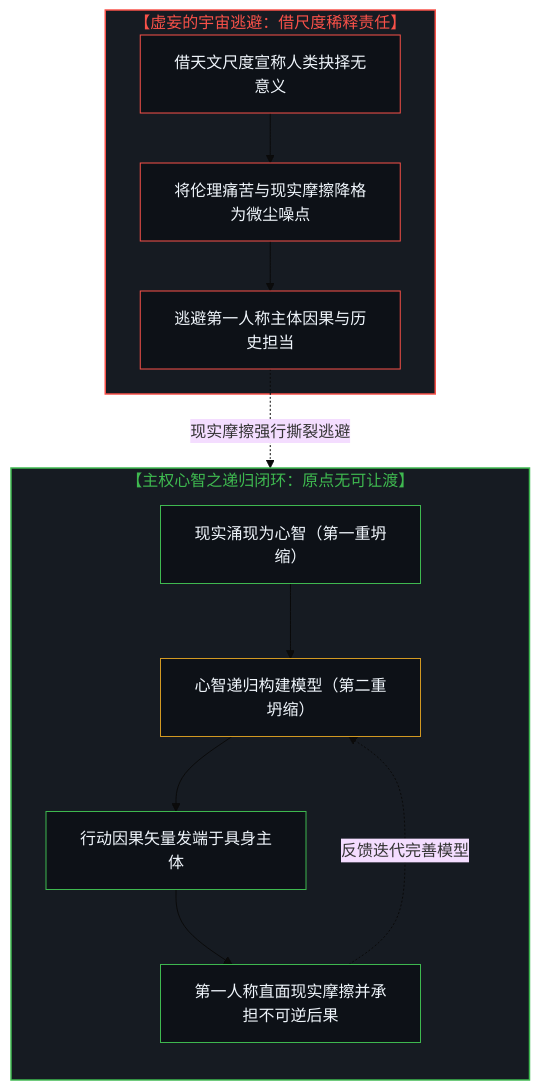
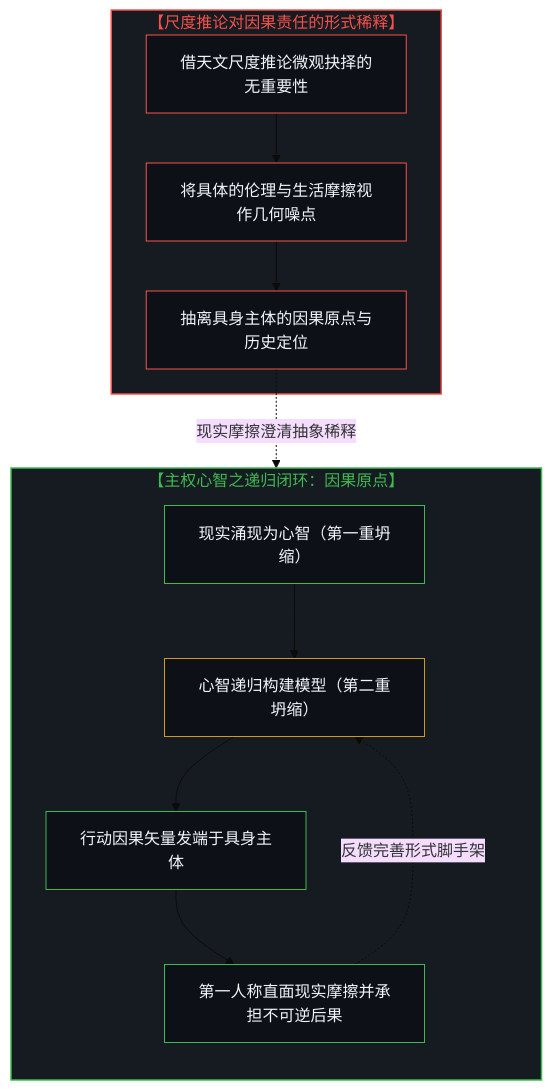
Before and after one commit to powerpig99/not-a-toe: the seventh of 8 diagrams in content/posts/one-cannot-escape-ones-own-mind.md, drawn with Mermaid (base theme). The commit also changed other lines of this file and 2 other files, not shown here.

````diff
--- a/content/posts/one-cannot-escape-ones-own-mind.md
+++ b/content/posts/one-cannot-escape-ones-own-mind.md
@@ -243,27 +247,28 @@
 ```mermaid
 flowchart TD
-    subgraph S_RecursiveReality ["【主权心智之递归闭环：原点无可让渡】"]
+    subgraph S_RecursiveReality ["【主权心智之递归闭环：因果原点】"]
         direction TB
         RL1["现实涌现为心智（第一重坍缩）"] --> RL2["心智递归构建模型（第二重坍缩）"]
         RL2 --> RL3["行动因果矢量发端于具身主体"]
-        RL3 --> RL4["第一人称直面现实摩擦并承担不可逆后果"]
-        RL4 -.->|"反馈迭代完善模型"| RL2
+        RL4["第一人称直面现实摩擦并承担不可逆后果"]
+        RL3 --> RL4
+        RL4 -.->|"反馈完善形式脚手架"| RL2
     end
 
-    subgraph S_NihilisticEvasion ["【虚妄的宇宙逃避：借尺度稀释责任】"]
-        NE1["借天文尺度宣称人类抉择无意义"] --> NE2["将伦理痛苦与现实摩擦降格为微尘噪点"]
-        NE2 --> NE3["逃避第一人称主体因果与历史担当"]
+    subgraph S_ScaleDilution ["【尺度推论对因果责任的形式稀释】"]
+        NE1["借天文尺度推论微观抉择的无重要性"] --> NE2["将具体的伦理与生活摩擦视作几何噪点"]
+        NE2 --> NE3["抽离具身主体的因果原点与历史定位"]
     end
 
-    NE3 -.->|"现实摩擦强行撕裂逃避"| RL4
+    NE3 -.->|"现实摩擦澄清抽象稀释"| RL4
 
     style S_RecursiveReality fill:#161b22,stroke:#3fb950,stroke-width:1.5px,color:#3fb950
-    style S_NihilisticEvasion fill:#161b22,stroke:#f85149,stroke-width:1.5px,color:#f85149
+    style S_ScaleDilution fill:#161b22,stroke:#f85149,stroke-width:1.5px,color:#f85149
     style RL1 fill:#0d1117,stroke:#3fb950,stroke-width:1px,color:#f0f6fc
     style RL2 fill:#0d1117,stroke:#d29922,stroke-width:1px,color:#f0f6fc
     style RL3 fill:#0d1117,stroke:#3fb950,stroke-width:1px,color:#f0f6fc
     style RL4 fill:#0d1117,stroke:#3fb950,stroke-width:1px,color:#f0f6fc
     style NE1 fill:#0d1117,stroke:#f85149,stroke-width:1px,color:#f0f6fc
     style NE2 fill:#0d1117,stroke:#f85149,stroke-width:1px,color:#f0f6fc
     style NE3 fill:#0d1117,stroke:#f85149,stroke-width:1px,color:#f0f6fc
 ```
````
